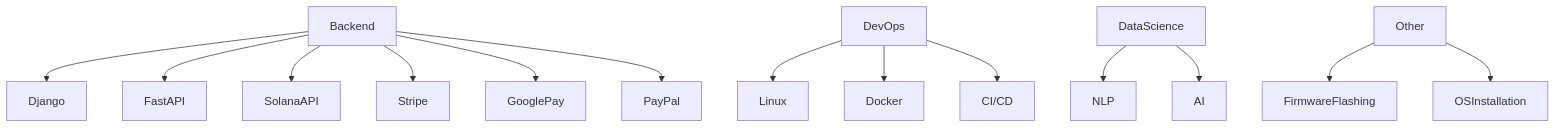
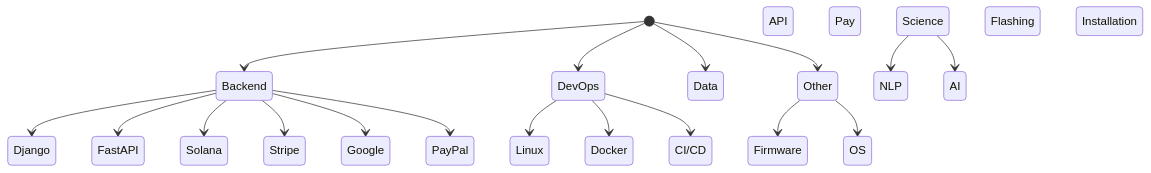
Before and after one commit to AleksandrBagdasarov/aleksandrbagdasarov: the first of 2 diagrams in README.md, drawn with Mermaid. The commit also changed other lines of this file, not shown here.

````diff
--- a/README.md
+++ b/README.md
@@ -13,16 +12,20 @@
 ```mermaid
-graph TD;
-  Backend-->Django;
-  Backend-->FastAPI;
-  Backend-->SolanaAPI;
-  Backend-->Stripe;
-  Backend-->GooglePay;
-  Backend-->PayPal;
-  DevOps-->Linux;
-  DevOps-->Docker;
-  DevOps-->CI/CD;
-  DataScience-->NLP;
-  DataScience-->AI;
-  Other-->FirmwareFlashing;
-  Other-->OSInstallation;
+stateDiagram-v2
+    [*] --> Backend
+    Backend --> Django
+    Backend --> FastAPI
+    Backend --> Solana API
+    Backend --> Stripe
+    Backend --> Google Pay
+    Backend --> PayPal
+    [*] --> DevOps
+    DevOps --> Linux
+    DevOps --> Docker
+    DevOps --> CI/CD
+    [*] --> Data Science
+    Data Science --> NLP
+    Data Science --> AI
+    [*] --> Other
+    Other --> Firmware Flashing
+    Other --> OS Installation
 ```
````
